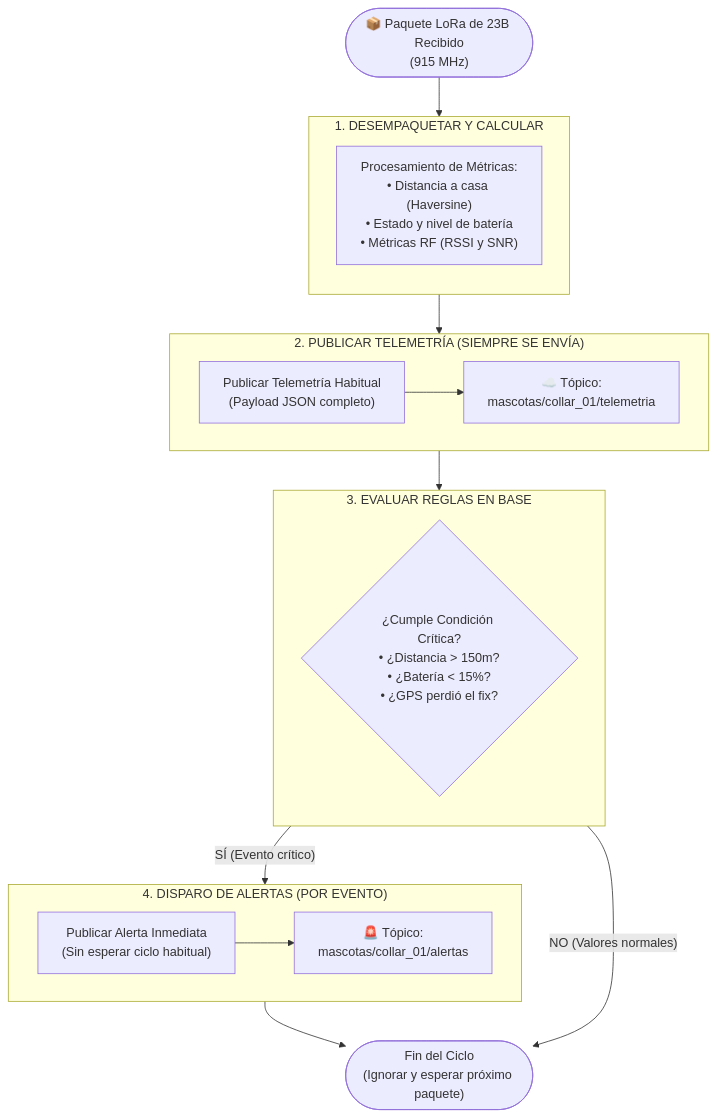
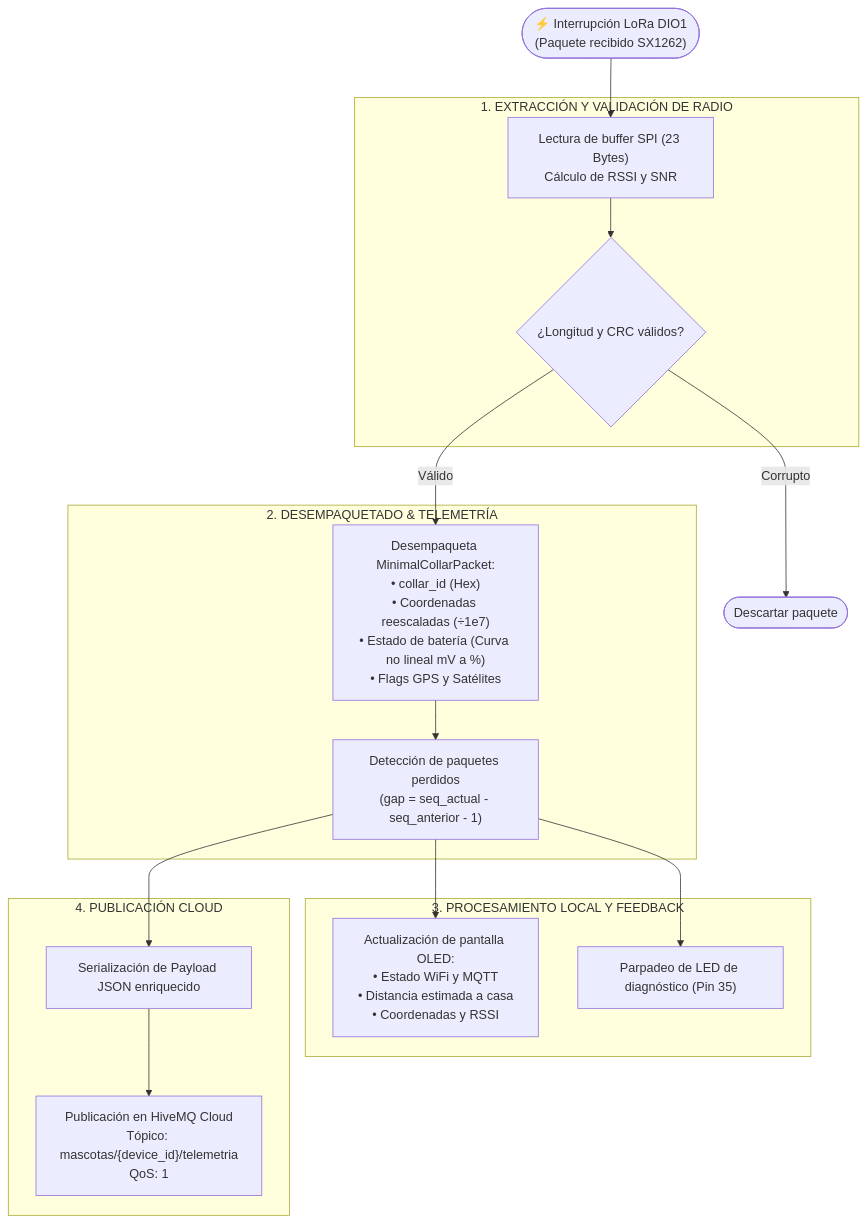
Before and after one commit to Piero16301/Michi_Link: the third of 4 diagrams in README.md, drawn with Mermaid. The commit also changed other lines of this file and 1 other file, not shown here.

First line of the commit message:
Documentar arquitectura completa del ecosistema

````diff
--- a/README.md
+++ b/README.md
@@ -230,44 +234,31 @@
 ```mermaid
 flowchart TD
-    %% RECEPCIÓN
-    RX(["📦 Paquete LoRa de 23B Recibido\n(915 MHz)"])
-
-    %% ETAPA 1: DESEMPAQUETAR Y CALCULAR
-    subgraph E1 ["1. DESEMPAQUETAR Y CALCULAR"]
-        direction TB
-        CALC["Procesamiento de Métricas:\n• Distancia a casa (Haversine)\n• Estado y nivel de batería\n• Métricas RF (RSSI y SNR)"]
+    RX_INT(["⚡ Interrupción LoRa DIO1\n(Paquete recibido SX1262)"])
+    
+    subgraph S1 ["1. EXTRACCIÓN Y VALIDACIÓN DE RADIO"]
+        READ_PKT["Lectura de buffer SPI (23 Bytes)\nCálculo de RSSI y SNR"]
+        CRC_CHECK{"¿Longitud y CRC válidos?"}
     end
 
-    %% ETAPA 2: PUBLICAR TELEMETRÍA
-    subgraph E2 ["2. PUBLICAR TELEMETRÍA (SIEMPRE SE ENVÍA)"]
-        direction LR
-        PUB_TEL["Publicar Telemetría Habitual\n(Payload JSON completo)"]
-        TOP_TEL["☁️ Tópico:\nmascotas/collar_01/telemetria"]
-        PUB_TEL --> TOP_TEL
+    subgraph S2 ["2. DESEMPAQUETADO & TELEMETRÍA"]
+        UNPACK["Desempaqueta MinimalCollarPacket:\n• collar_id (Hex)\n• Coordenadas reescaladas (÷1e7)\n• Estado de batería (Curva no lineal mV a %)\n• Flags GPS y Satélites"]
+        GAP_CHECK["Detección de paquetes perdidos\n(gap = seq_actual - seq_anterior - 1)"]
     end
 
-    %% ETAPA 3: EVALUAR REGLAS
-    subgraph E3 ["3. EVALUAR REGLAS EN BASE"]
-        direction TB
-        CHECK{"¿Cumple Condición Crítica?\n• ¿Distancia > 150m?\n• ¿Batería < 15%?\n• ¿GPS perdió el fix?"}
+    subgraph S3 ["3. PROCESAMIENTO LOCAL Y FEEDBACK"]
+        OLED["Actualización de pantalla OLED:\n• Estado WiFi y MQTT\n• Distancia estimada a casa\n• Coordenadas y RSSI"]
+        LED["Parpadeo de LED de diagnóstico (Pin 35)"]
     end
 
-    %% ETAPA 4: PUBLICAR ALERTA
-    subgraph E4 ["4. DISPARO DE ALERTAS (POR EVENTO)"]
-        direction LR
-        PUB_ALT["Publicar Alerta Inmediata\n(Sin esperar ciclo habitual)"]
-        TOP_ALT["🚨 Tópico:\nmascotas/collar_01/alertas"]
-        PUB_ALT --> TOP_ALT
+    subgraph S4 ["4. PUBLICACIÓN CLOUD"]
+        BUILD_JSON["Serialización de Payload JSON enriquecido"]
+        MQTT_PUB["Publicación en HiveMQ Cloud\nTópico: mascotas/{device_id}/telemetria\nQoS: 1"]
     end
 
-    FIN(["Fin del Ciclo\n(Ignorar y esperar próximo paquete)"])
-
-    %% CONEXIONES DEL FLUJO
-    RX --> CALC
-    CALC --> PUB_TEL
-    PUB_TEL --> CHECK
-
-    CHECK -->|"SÍ (Evento crítico)"| PUB_ALT
-    CHECK -->|"NO (Valores normales)"| FIN
-    PUB_ALT --> FIN
+    RX_INT --> READ_PKT --> CRC_CHECK
+    CRC_CHECK -->|"Válido"| UNPACK --> GAP_CHECK
+    CRC_CHECK -->|"Corrupto"| DROP(["Descartar paquete"])
+    GAP_CHECK --> OLED
+    GAP_CHECK --> LED
+    GAP_CHECK --> BUILD_JSON --> MQTT_PUB
 ```
````
